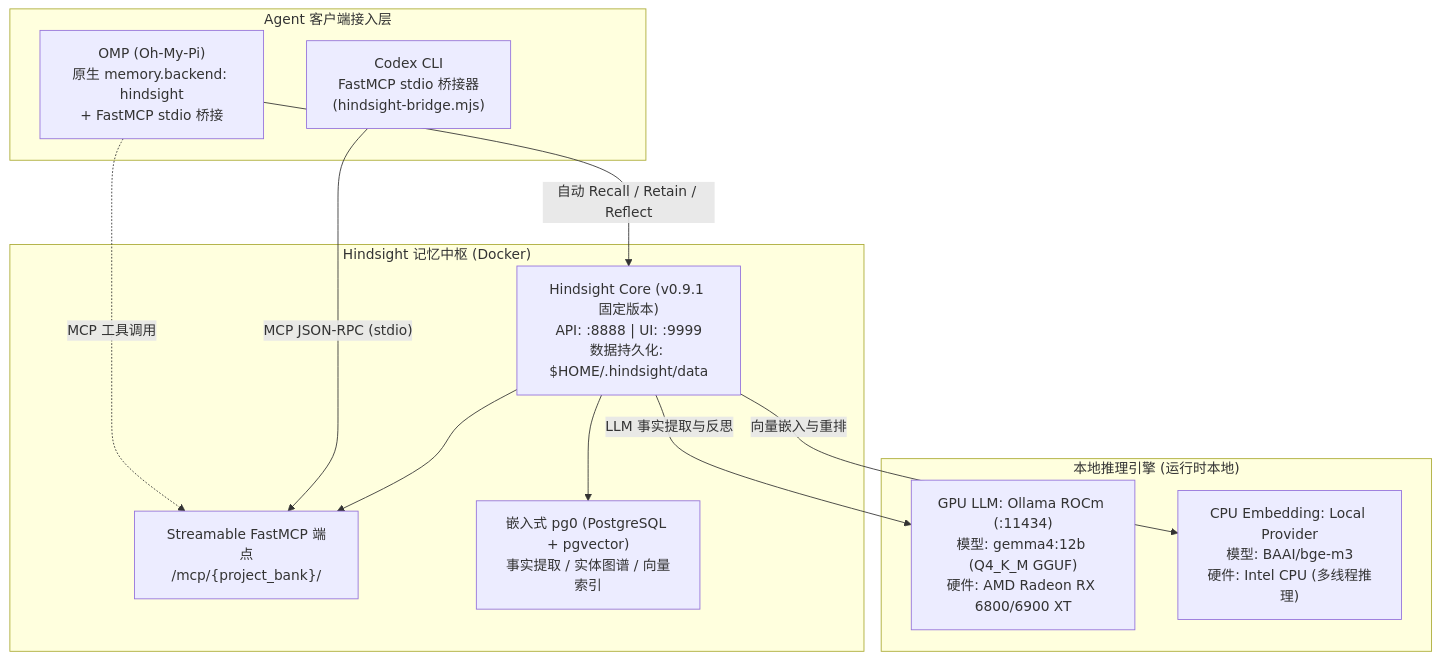
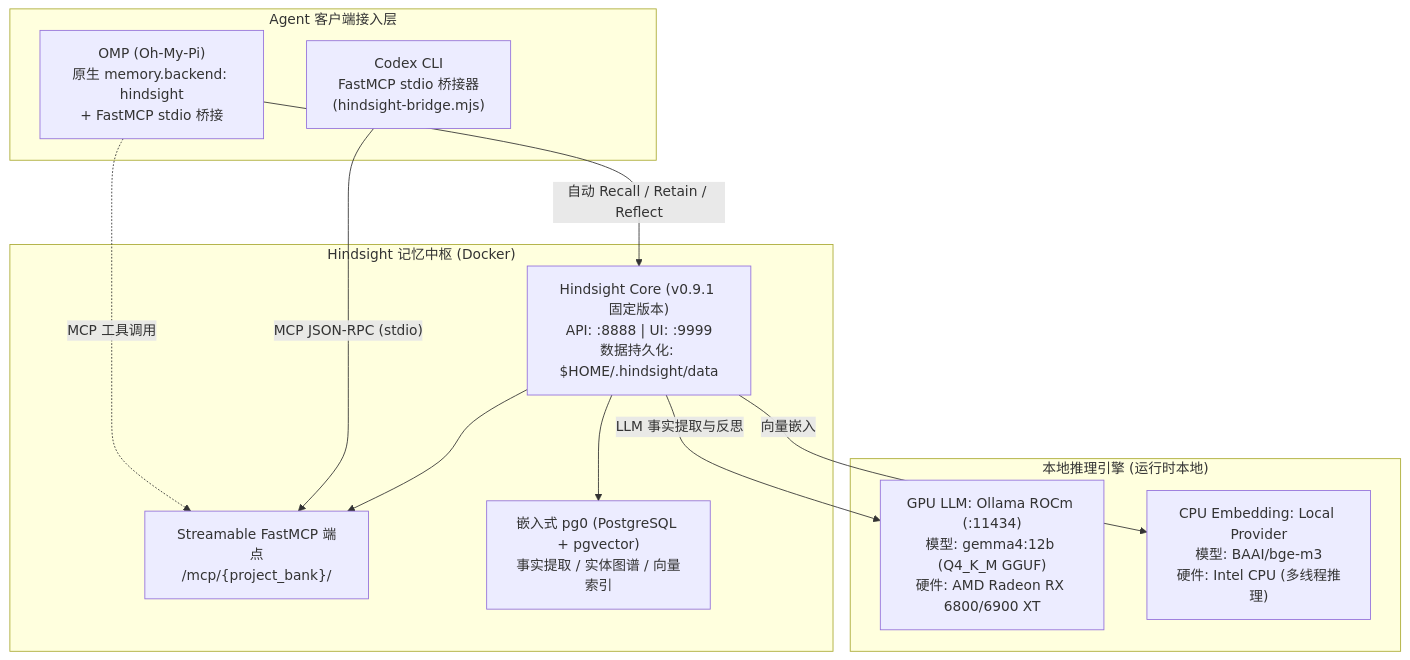
One commit to DavidHLP/DavidHLP.github.io changed the diagram in src/content/note/zh-cn/hindsight-local-deployment.md. Above: the diagram before and after it, drawn with Mermaid. The commit also changed other lines of this file and 4 other files, not shown here.

````diff
--- a/src/content/note/zh-cn/hindsight-local-deployment.md
+++ b/src/content/note/zh-cn/hindsight-local-deployment.md
@@ -22,26 +24,26 @@
 ```mermaid
 flowchart TD
   subgraph Agent_Layer["Agent 客户端接入层"]
     OMP["OMP (Oh-My-Pi)<br/>原生 memory.backend: hindsight<br/>+ FastMCP stdio 桥接"]
     Codex["Codex CLI<br/>FastMCP stdio 桥接器<br/>(hindsight-bridge.mjs)"]
   end
 
   subgraph Hindsight_Core["Hindsight 记忆中枢 (Docker)"]
     API["Hindsight Core (v0.9.1 固定版本)<br/>API: :8888 | UI: :9999<br/>数据持久化: $HOME/.hindsight/data"]
     FastMCP_EP["Streamable FastMCP 端点<br/>/mcp/{project_bank}/"]
     PG0["嵌入式 pg0 (PostgreSQL + pgvector)<br/>事实提取 / 实体图谱 / 向量索引"]
   end
 
   subgraph Local_Inference["本地推理引擎 (运行时本地)"]
     OLLAMA["GPU LLM: Ollama ROCm (:11434)<br/>模型: gemma4:12b (Q4_K_M GGUF)<br/>硬件: AMD Radeon RX 6800/6900 XT"]
     EMBED["CPU Embedding: Local Provider<br/>模型: BAAI/bge-m3<br/>硬件: Intel CPU (多线程推理)"]
   end
 
   OMP -->|自动 Recall / Retain / Reflect| API
   OMP -.->|MCP 工具调用| FastMCP_EP
   Codex -->|"MCP JSON-RPC (stdio)"| FastMCP_EP
   API --> FastMCP_EP
   API --> PG0
   API -->|LLM 事实提取与反思| OLLAMA
-  API -->|向量嵌入与重排| EMBED
+  API -->|向量嵌入| EMBED
 ```
````
